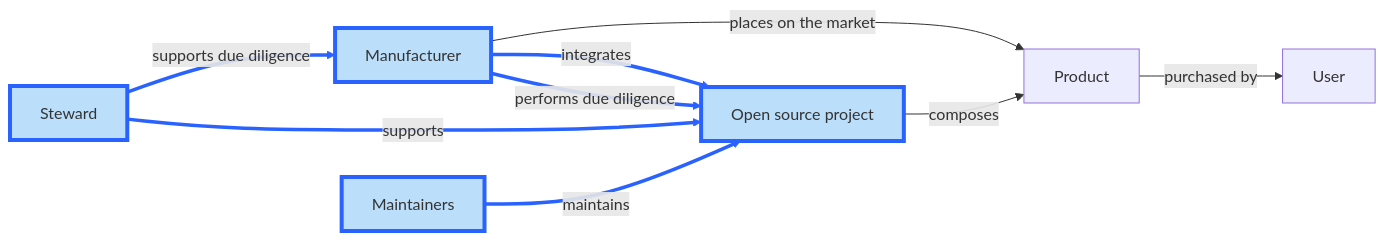
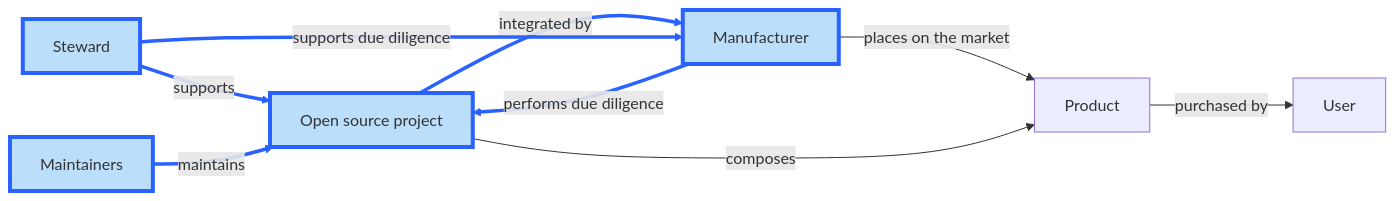
Before and after one commit to orcwg/orcwg: the diagram in cyber-resilience-sig/deliverables-plan.md, drawn with Mermaid.

````diff
--- a/cyber-resilience-sig/deliverables-plan.md
+++ b/cyber-resilience-sig/deliverables-plan.md
@@ -13,15 +13,15 @@
 ```mermaid
 flowchart LR
-    manufacturer["Manufacturer"] == integrates ==> foss["Open source project"]
+    foss["Open source project"] == integrated by ==> manufacturer["Manufacturer"] 
     manufacturer == performs due diligence ==> foss
     steward["Steward"] == supports due diligence ==> manufacturer
     steward == supports ==> foss
     maintainers["Maintainers"] == maintains ==> foss
     manufacturer -- places on the market --> product["Product"]
     foss -- composes --> product
     product -- purchased by --> user["User"]
 
     classDef inscope fill:#BBDEFB,stroke:#2962FF,stroke-width:4px
     class foss,manufacturer,steward,maintainers inscope;
     linkStyle 0,1,2,3,4 stroke:#2962FF
 ```
````
